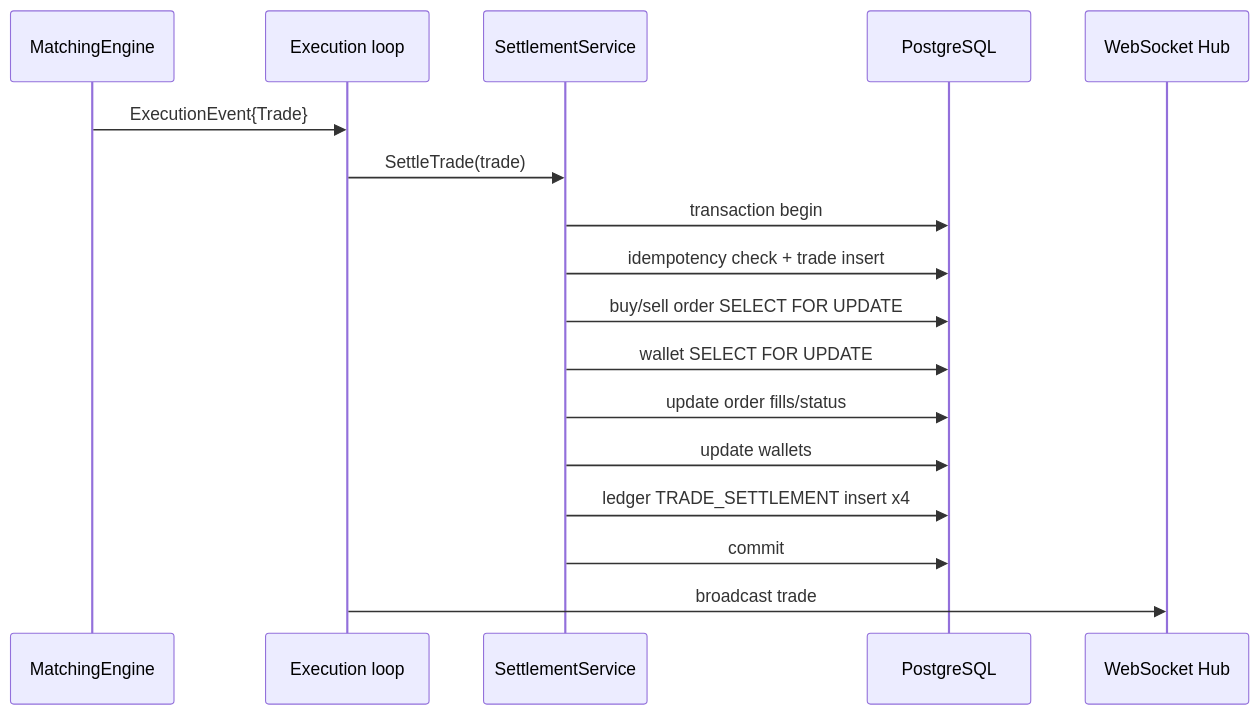
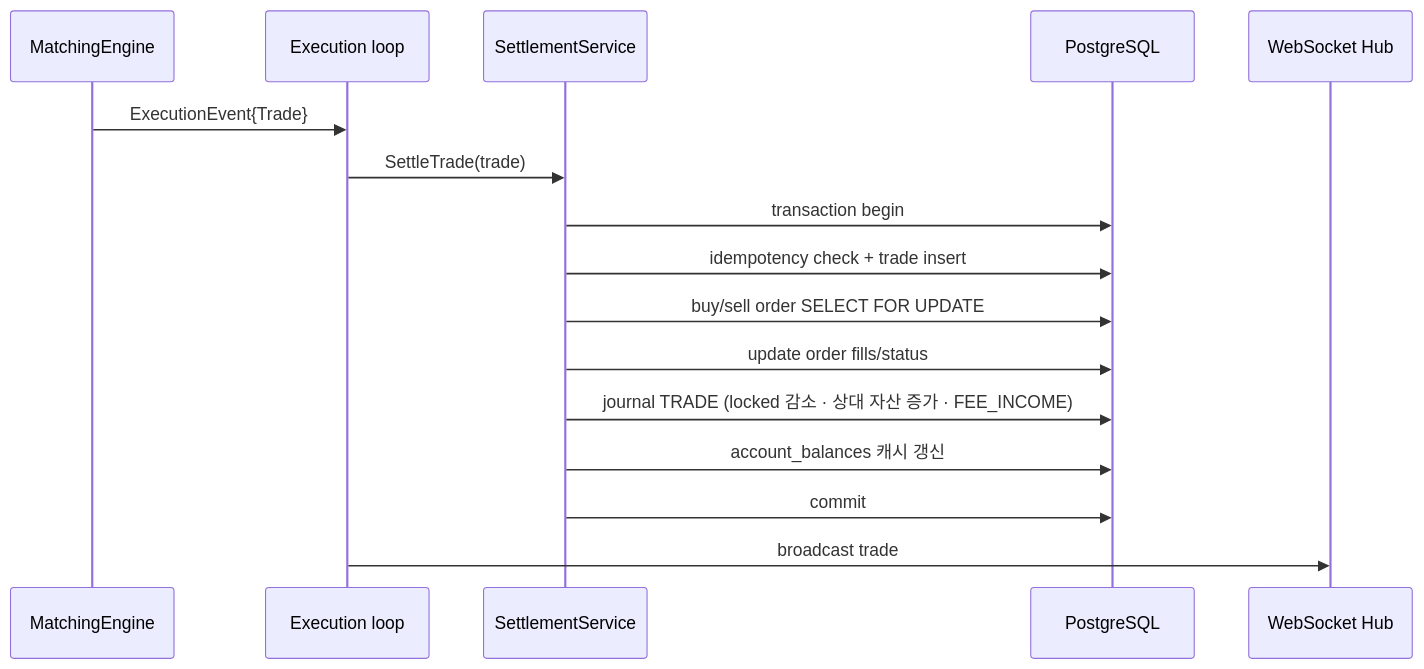
Before and after one commit to Go-Exchange-Project/Go-exchange-back: the third of 4 diagrams in docs/ARCHITECTURE.md, drawn with Mermaid. The commit also changed other lines of this file and 4 other files, not shown here.

````diff
--- a/docs/ARCHITECTURE.md
+++ b/docs/ARCHITECTURE.md
@@ -101,20 +116,19 @@
 ```mermaid
 sequenceDiagram
     participant ME as MatchingEngine
     participant L as Execution loop
     participant S as SettlementService
     participant DB as PostgreSQL
     participant WS as WebSocket Hub
 
     ME->>L: ExecutionEvent{Trade}
     L->>S: SettleTrade(trade)
     S->>DB: transaction begin
     S->>DB: idempotency check + trade insert
     S->>DB: buy/sell order SELECT FOR UPDATE
-    S->>DB: wallet SELECT FOR UPDATE
     S->>DB: update order fills/status
-    S->>DB: update wallets
-    S->>DB: ledger TRADE_SETTLEMENT insert x4
+    S->>DB: journal TRADE (locked 감소 · 상대 자산 증가 · FEE_INCOME)
+    S->>DB: account_balances 캐시 갱신
     S->>DB: commit
     L->>WS: broadcast trade
 ```
````
